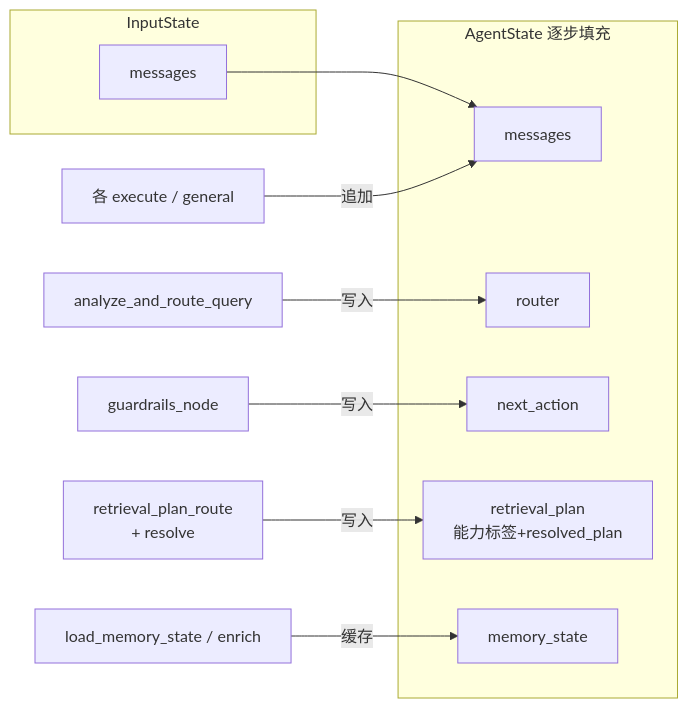
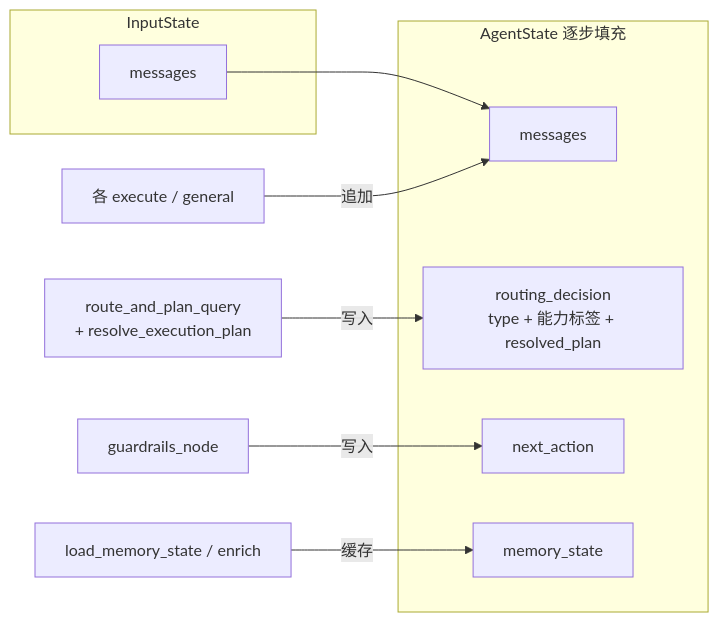
Before and after one commit to bitladykiller/-: the ninth of 36 diagrams in docs/modules/00-全流程图集.md, drawn with Mermaid. The commit also changed other lines of this file and 19 other files, not shown here.

````diff
--- a/docs/modules/00-全流程图集.md
+++ b/docs/modules/00-全流程图集.md
@@ -412,19 +411,17 @@
 ```mermaid
 flowchart LR
     subgraph Input["InputState"]
         M[messages]
     end
     subgraph Agent["AgentState 逐步填充"]
         M2[messages]
-        R[router]
+        R[routing_decision<br/>type + 能力标签 + resolved_plan]
         N[next_action]
-        P[retrieval_plan<br/>能力标签+resolved_plan]
         MS[memory_state]
     end
     M --> M2
-    A1[analyze_and_route_query] -->|写入| R
+    A1[route_and_plan_query<br/>+ resolve_execution_plan] -->|写入| R
     A2[guardrails_node] -->|写入| N
-    A3[retrieval_plan_route<br/>+ resolve] -->|写入| P
     A4[load_memory_state / enrich] -->|缓存| MS
     A5[各 execute / general] -->|追加| M2
 ```
````
